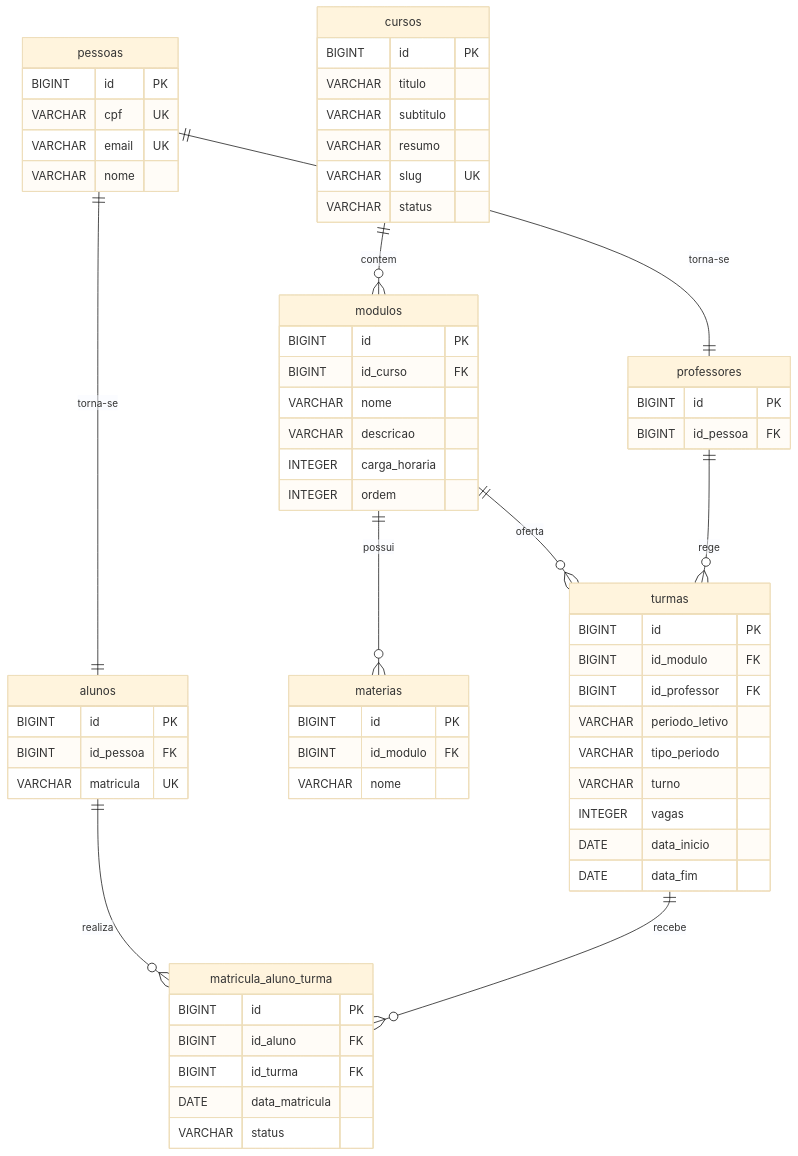
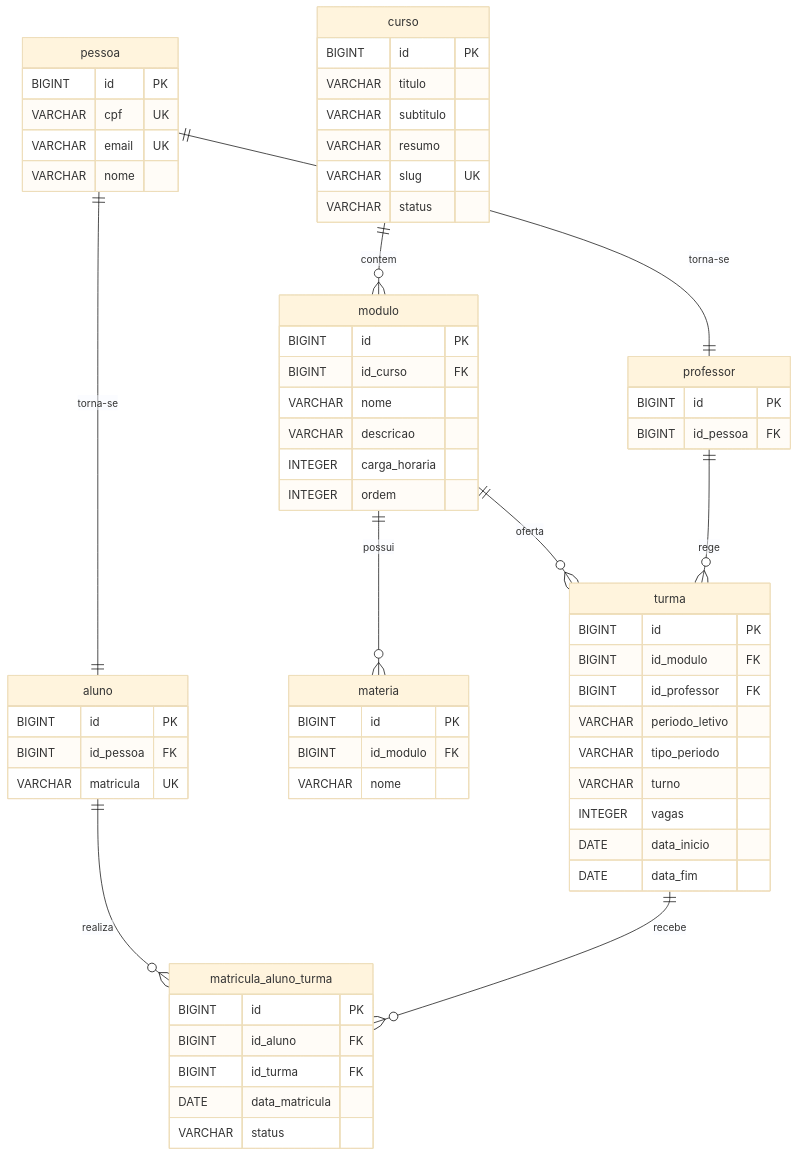
The diagram in api-curso-online/docs/modelo-de-dominio.md (LaurenceFluciano/cursos-online-api), drawn with Mermaid (base theme) before and after one commit. The commit also changed other lines of this file and 5 other files, not shown here.

````diff
--- a/api-curso-online/docs/modelo-de-dominio.md
+++ b/api-curso-online/docs/modelo-de-dominio.md
@@ -124,74 +124,74 @@
 ```mermaid
 erDiagram
-    pessoas {
+    pessoa {
         BIGINT id PK
         VARCHAR cpf UK
         VARCHAR email UK
         VARCHAR nome
     }
 
-    alunos {
+    aluno {
         BIGINT id PK
         BIGINT id_pessoa FK
         VARCHAR matricula UK
     }
 
-    professores {
+    professor {
         BIGINT id PK
         BIGINT id_pessoa FK
     }
 
-    cursos {
+    curso {
         BIGINT id PK
         VARCHAR titulo
         VARCHAR subtitulo
         VARCHAR resumo
         VARCHAR slug UK
         VARCHAR status
     }
 
-    modulos {
+    modulo {
         BIGINT id PK
         BIGINT id_curso FK
         VARCHAR nome
         VARCHAR descricao
         INTEGER carga_horaria
         INTEGER ordem
     }
 
-    materias {
+    materia {
         BIGINT id PK
         BIGINT id_modulo FK
         VARCHAR nome
     }
 
-    turmas {
+    turma {
         BIGINT id PK
         BIGINT id_modulo FK
         BIGINT id_professor FK
         VARCHAR periodo_letivo
         VARCHAR tipo_periodo
         VARCHAR turno
         INTEGER vagas
         DATE data_inicio
         DATE data_fim
     }
 
     matricula_aluno_turma {
         BIGINT id PK
         BIGINT id_aluno FK
         BIGINT id_turma FK
         DATE data_matricula
         VARCHAR status
     }
 
-    pessoas ||--|| alunos : "torna-se"
-    pessoas ||--|| professores : "torna-se"
-    cursos ||--o{ modulos : "contem"
-    modulos ||--o{ materias : "possui"
-    modulos ||--o{ turmas : "oferta"
-    professores ||--o{ turmas : "rege"
-    alunos ||--o{ matricula_aluno_turma : "realiza"
-    turmas ||--o{ matricula_aluno_turma : "recebe"
+    pessoa ||--|| aluno : "torna-se"
+    pessoa ||--|| professor : "torna-se"
+    curso ||--o{ modulo : "contem"
+    modulo ||--o{ materia : "possui"
+    modulo ||--o{ turma : "oferta"
+    professor ||--o{ turma : "rege"
+    aluno ||--o{ matricula_aluno_turma : "realiza"
+    turma ||--o{ matricula_aluno_turma : "recebe"
 
 ```
````
